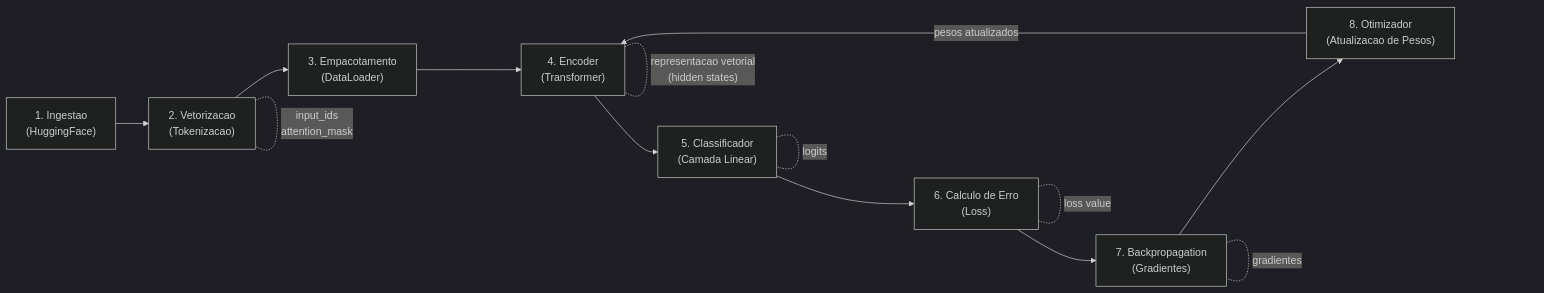
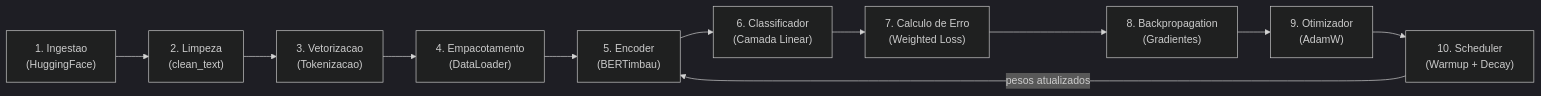
Before and after one commit to Davi-SB/Hate-Speech-Detector: the diagram in README.md, drawn with Mermaid (dark theme). The commit also changed other lines of this file and 6 other files, not shown here.

````diff
--- a/README.md
+++ b/README.md
@@ -13,17 +18,13 @@
 ```mermaid
 flowchart LR
-    A["1. Ingestao\n(HuggingFace)"] --> B["2. Vetorizacao\n(Tokenizacao)"]
-    B --> C["3. Empacotamento\n(DataLoader)"]
-    C --> D["4. Encoder\n(Transformer)"]
-    D --> E["5. Classificador\n(Camada Linear)"]
-    E --> F["6. Calculo de Erro\n(Loss)"]
-    F --> G["7. Backpropagation\n(Gradientes)"]
-    G --> H["8. Otimizador\n(Atualizacao de Pesos)"]
-    H -->|"pesos atualizados"| D
-
-    B -.-|"input_ids\nattention_mask"| B
-    D -.-|"representacao vetorial\n(hidden states)"| D
-    E -.-|"logits"| E
-    F -.-|"loss value"| F
-    G -.-|"gradientes"| G
+    A["1. Ingestao\n(HuggingFace)"] --> B["2. Limpeza\n(clean_text)"]
+    B --> C["3. Vetorizacao\n(Tokenizacao)"]
+    C --> D["4. Empacotamento\n(DataLoader)"]
+    D --> E["5. Encoder\n(BERTimbau)"]
+    E --> F["6. Classificador\n(Camada Linear)"]
+    F --> G["7. Calculo de Erro\n(Weighted Loss)"]
+    G --> H["8. Backpropagation\n(Gradientes)"]
+    H --> I["9. Otimizador\n(AdamW)"]
+    I --> J["10. Scheduler\n(Warmup + Decay)"]
+    J -->|"pesos atualizados"| E
 ```
````
